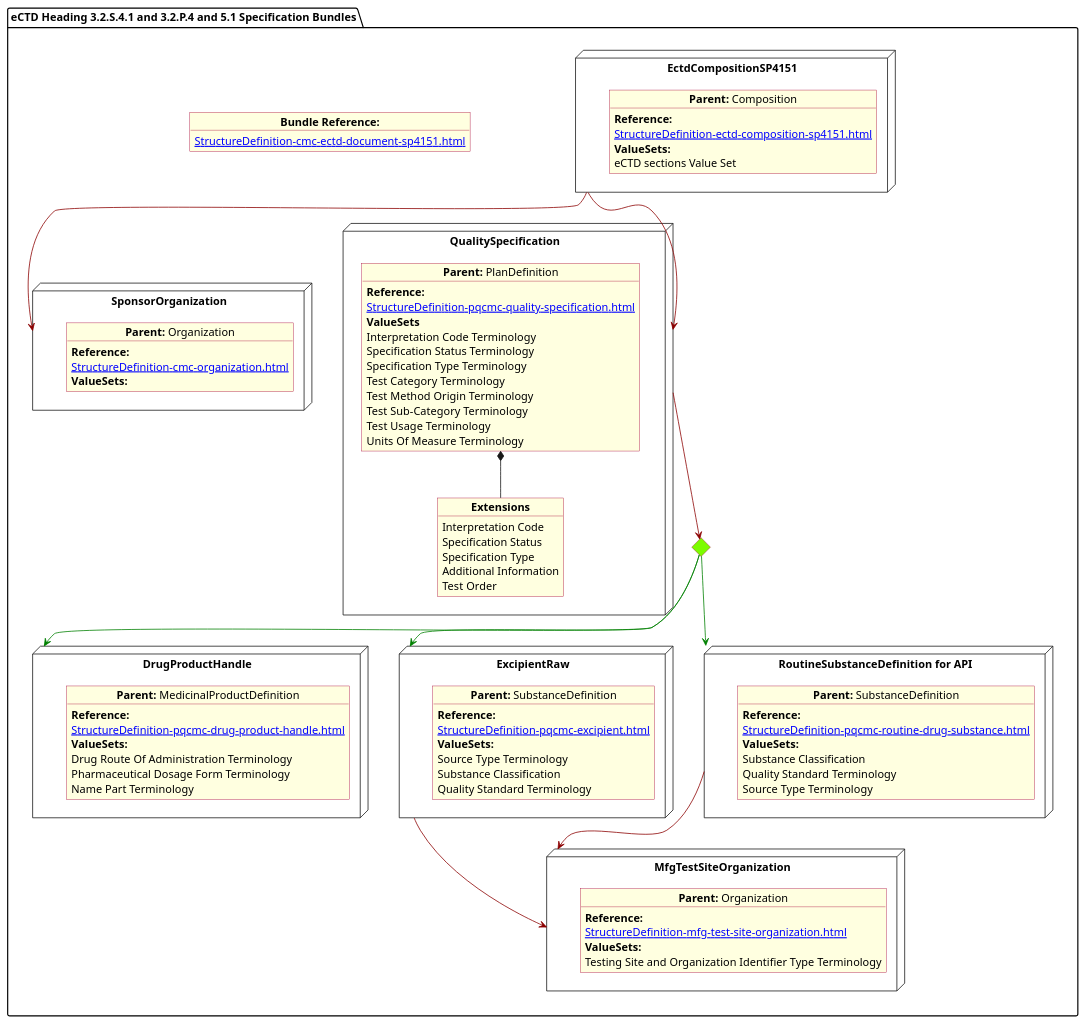
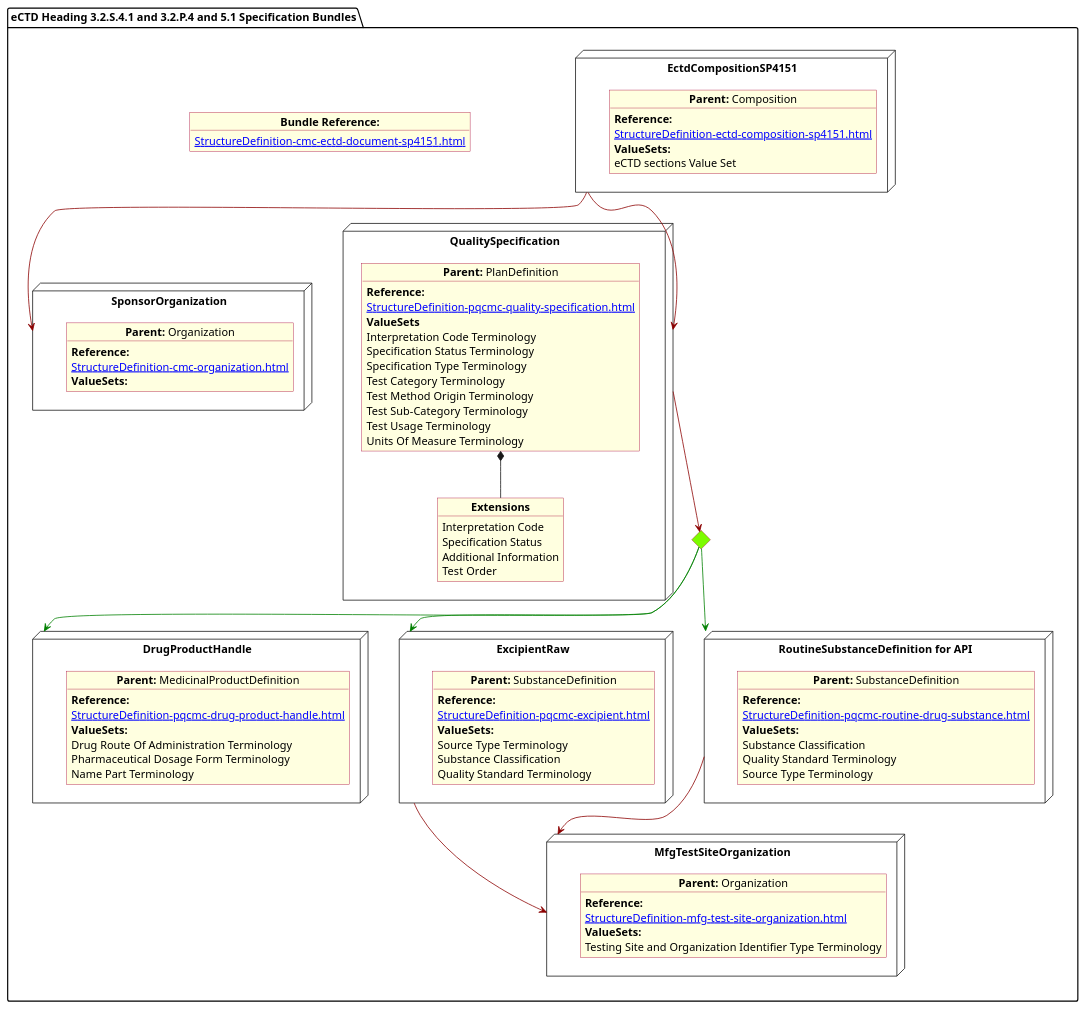
One commit to HL7/FHIR-us-pq-cmc-fda changed the diagram in input/images-source/Specification.plantuml. Above: the diagram before and after it, drawn with PlantUML. The commit also changed 5 other files, not shown here.

Commit message:
Specification type and approval status

```diff
--- a/input/images-source/Specification.plantuml
+++ b/input/images-source/Specification.plantuml
@@ -1,114 +1,113 @@
 @startuml Specification
 allowmixing
 'Mixed model of use case and object
 skinparam svgDimensionStyle false
 skinparam ObjectBackgroundColor LightYellow
 skinparam ObjectBorderColor #A80036
 skinparam activityDiamondBorderColor #A80036
 skinparam activityDiamondBackgroundColor lawnGreen
 skinparam ClassBorderThickness 4
 
 package "eCTD Heading 3.2.S.4.1 and 3.2.P.4 and 5.1 Specification Bundles" as NODES {
   object "**Bundle Reference:**" as objbun {
     [[StructureDefinition-cmc-ectd-document-sp4151.html]]
   }
 
   node "DrugProductHandle" as NN {
 
     object "**Parent:** MedicinalProductDefinition" as obj3 {
       **Reference:**
       [[StructureDefinition-pqcmc-drug-product-handle.html]]
       **ValueSets:**
       Drug Route Of Administration Terminology
       Pharmaceutical Dosage Form Terminology
       Name Part Terminology
     }
   }
   node "ExcipientRaw" as N21 {
 
     object "**Parent:** SubstanceDefinition" as obj22 {
       **Reference:**
       [[StructureDefinition-pqcmc-excipient.html]]
       **ValueSets:**
       Source Type Terminology
       Substance Classification
       Quality Standard Terminology
     }
   }
   node "MfgTestSiteOrganization" as N21mfg {
 
     object "**Parent:** Organization" as objTS  {
       **Reference:**
       [[StructureDefinition-mfg-test-site-organization.html]]
       **ValueSets:**
       Testing Site and Organization Identifier Type Terminology
     }
   }
 
   node "EctdCompositionSP4151" as N1 {
 
     object "**Parent:** Composition" as obj1 {
       **Reference:**
       [[StructureDefinition-ectd-composition-sp4151.html]]
       **ValueSets:**
       eCTD sections Value Set
     }
   }
   node "SponsorOrganization" as NMSpon {
 
     object "**Parent:** Organization" as objDP {
       **Reference:**
       [[StructureDefinition-cmc-organization.html]]
       **ValueSets:**
     }
   }
 
   node "RoutineSubstanceDefinition for API" as NNS {
 
     object "**Parent:** SubstanceDefinition" as obj4 {
       **Reference:**
       [[StructureDefinition-pqcmc-routine-drug-substance.html]]
       **ValueSets:**
       Substance Classification
       Quality Standard Terminology
       Source Type Terminology
     }
   }
 
   diamond CH
 
   node "QualitySpecification" as N2 {
 
     object "**Parent:** PlanDefinition" as obj2 {
       **Reference:**
       [[StructureDefinition-pqcmc-quality-specification.html]]
       **ValueSets**
       Interpretation Code Terminology
       Specification Status Terminology
       Specification Type Terminology
       Test Category Terminology
       Test Method Origin Terminology
       Test Sub-Category Terminology
       Test Usage Terminology
       Units Of Measure Terminology
     }
     object "**Extensions**" as objQSEx {
       Interpretation Code
       Specification Status
-      Specification Type
       Additional Information
       Test Order
     }
     obj2 *-- objQSEx
   }
 
   N1 -[#darkred]-> NMSpon
   N1 -[#darkred]-> N2
   N2 -[#darkred]-> CH
   CH -[#green]-> N21
   CH -[#green]-> NNS
   CH -[#green]-> NN
   NNS -[#darkred]-> N21mfg
   N21 -[#darkred]-> N21mfg
 }
 @enduml
```
